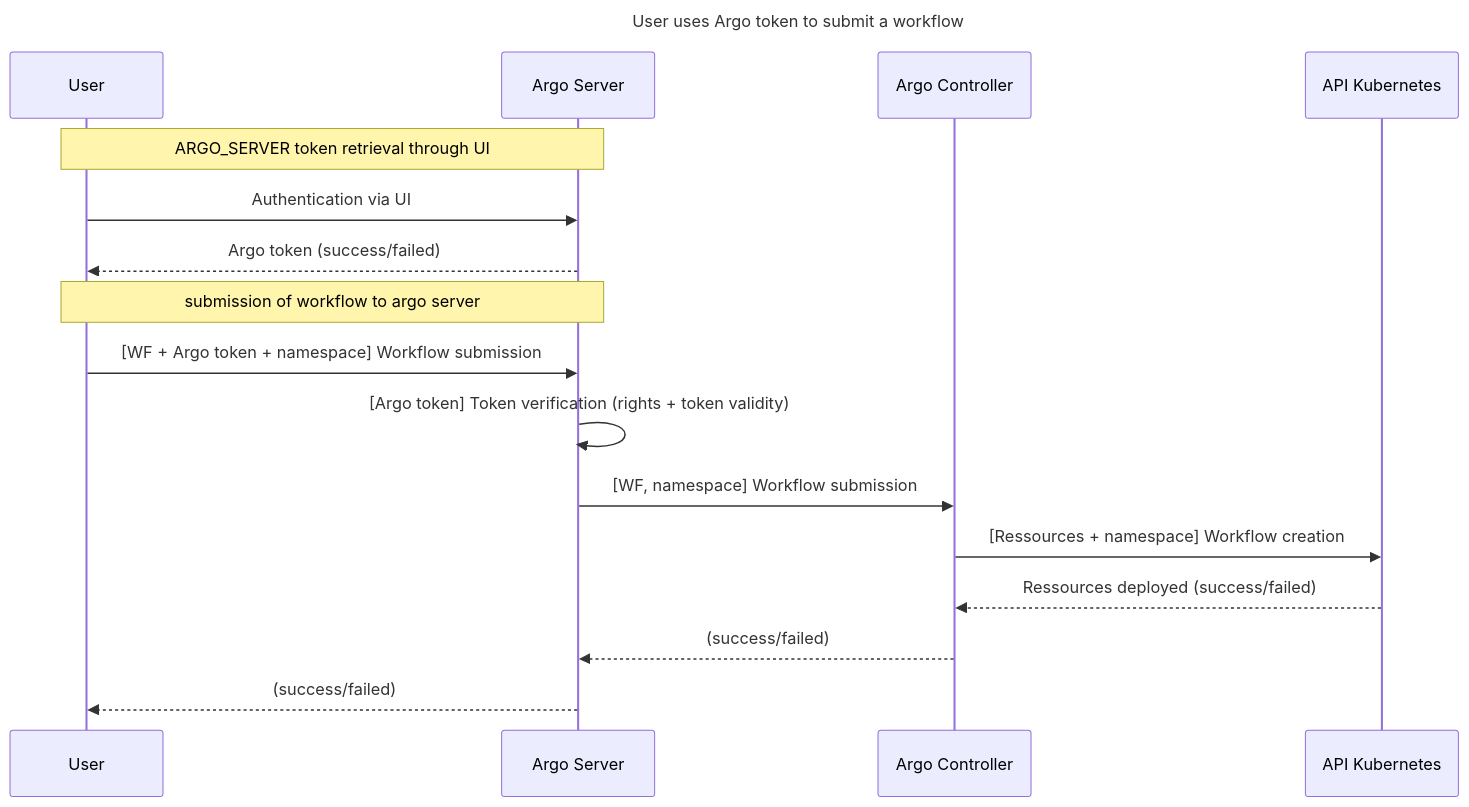
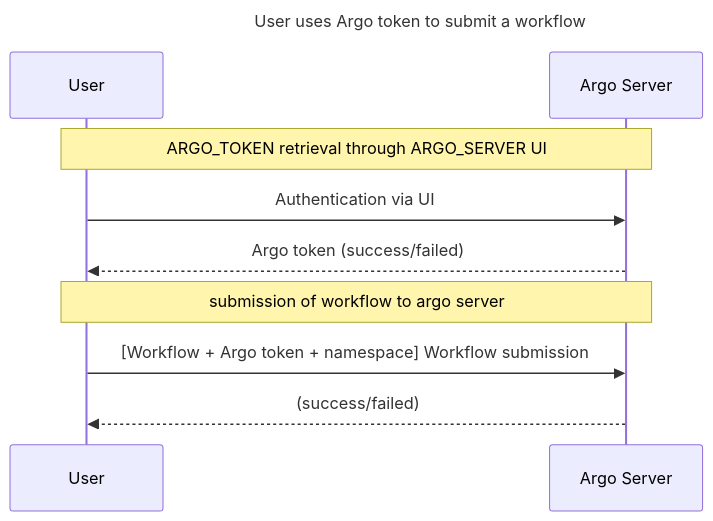
The third of 6 diagrams in README.md (VCityTeam/hera_utils), drawn with Mermaid before and after one commit. The commit also changed other lines of this file, not shown here.

````diff
--- a/README.md
+++ b/README.md
@@ -377,22 +373,14 @@
 ```mermaid
 sequenceDiagram
     title User uses Argo token to submit a workflow
     participant User
     participant ArgoServer as Argo Server
-    participant ArgoController as Argo Controller
-    participant KubeAPI as API Kubernetes
 
-    Note over User,ArgoServer: ARGO_SERVER token retrieval through UI
+    Note over User,ArgoServer: ARGO_TOKEN retrieval through ARGO_SERVER UI
     User->>ArgoServer: Authentication via UI
     ArgoServer-->>User: Argo token (success/failed)
 
     Note over User,ArgoServer: submission of workflow to argo server
-    User->>ArgoServer: [WF + Argo token + namespace] Workflow submission
-    ArgoServer->>ArgoServer: [Argo token] Token verification (rights + token validity)
-    ArgoServer->>ArgoController: [WF, namespace] Workflow submission
-    ArgoController->> KubeAPI: [Ressources + namespace] Workflow creation
-    KubeAPI-->>ArgoController: Ressources deployed (success/failed)
-    ArgoController-->>ArgoServer: (success/failed)
-
+    User->>ArgoServer: [Workflow + Argo token + namespace] Workflow submission
     ArgoServer-->>User: (success/failed)
 ```
````
